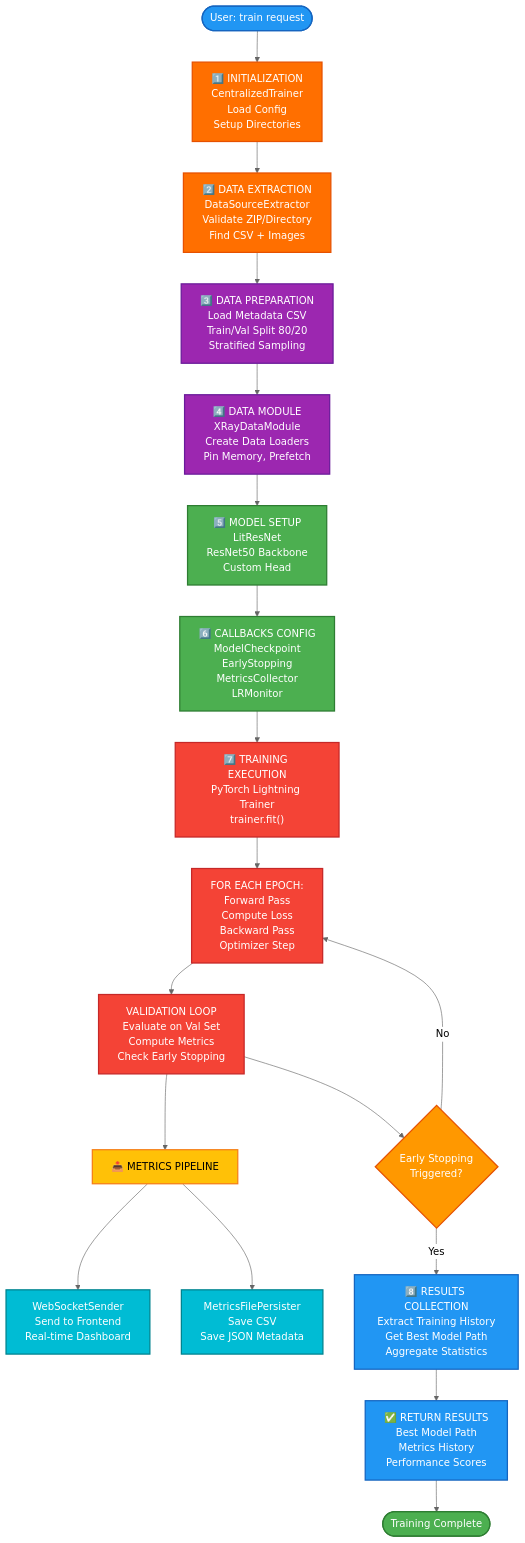
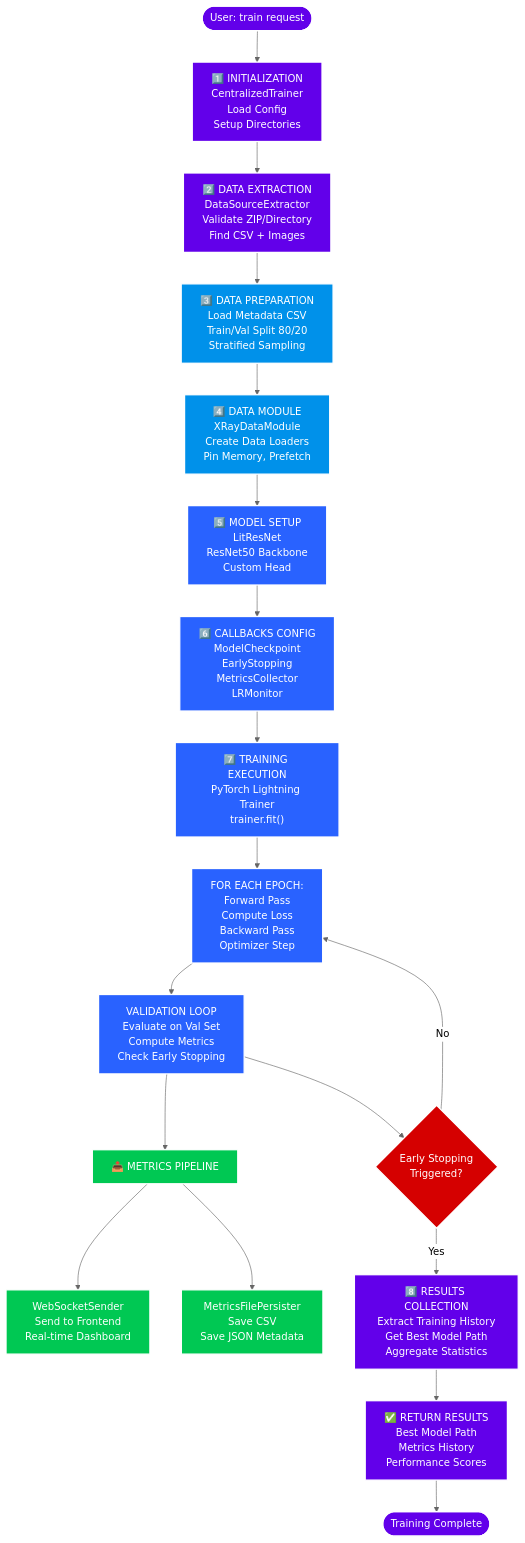
The first of 2 diagrams in federated_pneumonia_detection/src/control/dl_model/README.md (h19overflow/federated_learning), drawn with Mermaid (neutral theme) before and after one commit. The commit also changed other lines of this file and 10 other files, not shown here.

````diff
--- a/federated_pneumonia_detection/src/control/dl_model/README.md
+++ b/federated_pneumonia_detection/src/control/dl_model/README.md
@@ -58,53 +58,48 @@
 ```mermaid
 graph TD
     Start([User: train request]) --> Init["1️⃣ INITIALIZATION<br/>CentralizedTrainer<br/>Load Config<br/>Setup Directories"]
 
     Init --> Extract["2️⃣ DATA EXTRACTION<br/>DataSourceExtractor<br/>Validate ZIP/Directory<br/>Find CSV + Images"]
 
     Extract --> Prepare["3️⃣ DATA PREPARATION<br/>Load Metadata CSV<br/>Train/Val Split 80/20<br/>Stratified Sampling"]
 
     Prepare --> DataModule["4️⃣ DATA MODULE<br/>XRayDataModule<br/>Create Data Loaders<br/>Pin Memory, Prefetch"]
 
     DataModule --> ModelSetup["5️⃣ MODEL SETUP<br/>LitResNet<br/>ResNet50 Backbone<br/>Custom Head"]
 
     ModelSetup --> Callbacks["6️⃣ CALLBACKS CONFIG<br/>ModelCheckpoint<br/>EarlyStopping<br/>MetricsCollector<br/>LRMonitor"]
 
     Callbacks --> TrainStart["7️⃣ TRAINING EXECUTION<br/>PyTorch Lightning Trainer<br/>trainer.fit()"]
 
     TrainStart --> EpochLoop["FOR EACH EPOCH:<br/>Forward Pass<br/>Compute Loss<br/>Backward Pass<br/>Optimizer Step"]
 
     EpochLoop --> Validation["VALIDATION LOOP<br/>Evaluate on Val Set<br/>Compute Metrics<br/>Check Early Stopping"]
 
     Validation --> MetricsFlow["📤 METRICS PIPELINE"]
 
     MetricsFlow --> WebSocket["WebSocketSender<br/>Send to Frontend<br/>Real-time Dashboard"]
 
     MetricsFlow --> FilePersist["MetricsFilePersister<br/>Save CSV<br/>Save JSON Metadata"]
 
     Validation --> CheckStop{Early Stopping<br/>Triggered?}
 
     CheckStop -->|No| EpochLoop
     CheckStop -->|Yes| Collect["8️⃣ RESULTS COLLECTION<br/>Extract Training History<br/>Get Best Model Path<br/>Aggregate Statistics"]
 
     Collect --> Return["✅ RETURN RESULTS<br/>Best Model Path<br/>Metrics History<br/>Performance Scores"]
 
     Return --> End([Training Complete])
 
-    style Start fill:#2196F3,color:#fff,stroke:#1565C0,stroke-width:2px
-    style Init fill:#FF6F00,color:#fff,stroke:#E65100,stroke-width:2px
-    style Extract fill:#FF6F00,color:#fff,stroke:#E65100,stroke-width:2px
-    style Prepare fill:#9C27B0,color:#fff,stroke:#6A1B9A,stroke-width:2px
-    style DataModule fill:#9C27B0,color:#fff,stroke:#6A1B9A,stroke-width:2px
-    style ModelSetup fill:#4CAF50,color:#fff,stroke:#2E7D32,stroke-width:2px
-    style Callbacks fill:#4CAF50,color:#fff,stroke:#2E7D32,stroke-width:2px
-    style TrainStart fill:#F44336,color:#fff,stroke:#C62828,stroke-width:2px
-    style EpochLoop fill:#F44336,color:#fff,stroke:#C62828,stroke-width:2px
-    style Validation fill:#F44336,color:#fff,stroke:#C62828,stroke-width:2px
-    style MetricsFlow fill:#FFC107,color:#000,stroke:#F57F17,stroke-width:2px
-    style WebSocket fill:#00BCD4,color:#fff,stroke:#00838F,stroke-width:2px
-    style FilePersist fill:#00BCD4,color:#fff,stroke:#00838F,stroke-width:2px
-    style Collect fill:#2196F3,color:#fff,stroke:#1565C0,stroke-width:2px
-    style Return fill:#2196F3,color:#fff,stroke:#1565C0,stroke-width:2px
-    style End fill:#4CAF50,color:#fff,stroke:#2E7D32,stroke-width:2px
-    style CheckStop fill:#FF9800,color:#fff,stroke:#E65100,stroke-width:2px
+    %% Styling
+    classDef start fill:#6200EA,stroke:#fff,stroke-width:2px,color:#fff;
+    classDef data fill:#0091EA,stroke:#fff,stroke-width:2px,color:#fff;
+    classDef model fill:#2962FF,stroke:#fff,stroke-width:2px,color:#fff;
+    classDef metrics fill:#00C853,stroke:#fff,stroke-width:2px,color:#fff;
+    classDef stop fill:#D50000,stroke:#fff,stroke-width:2px,color:#fff;
+
+    class Start,Init,Extract,Collect,Return,End start;
+    class Prepare,DataModule data;
+    class ModelSetup,Callbacks,TrainStart,EpochLoop,Validation model;
+    class MetricsFlow,WebSocket,FilePersist metrics;
+    class CheckStop stop;
 ```
````
